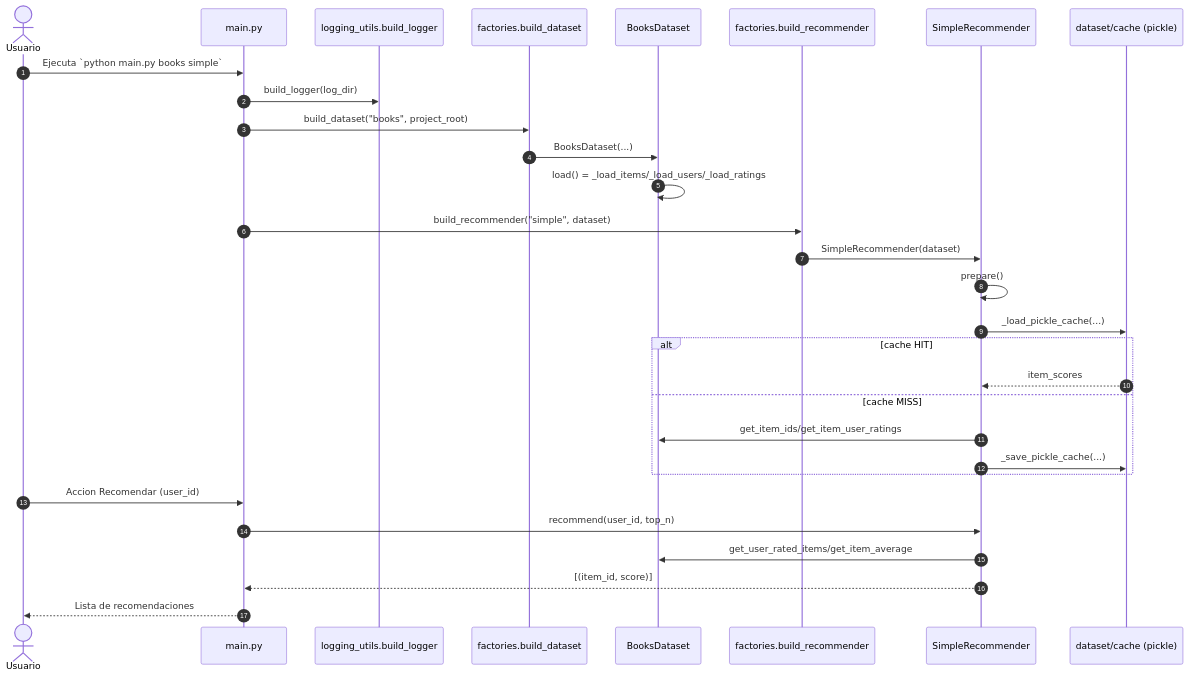
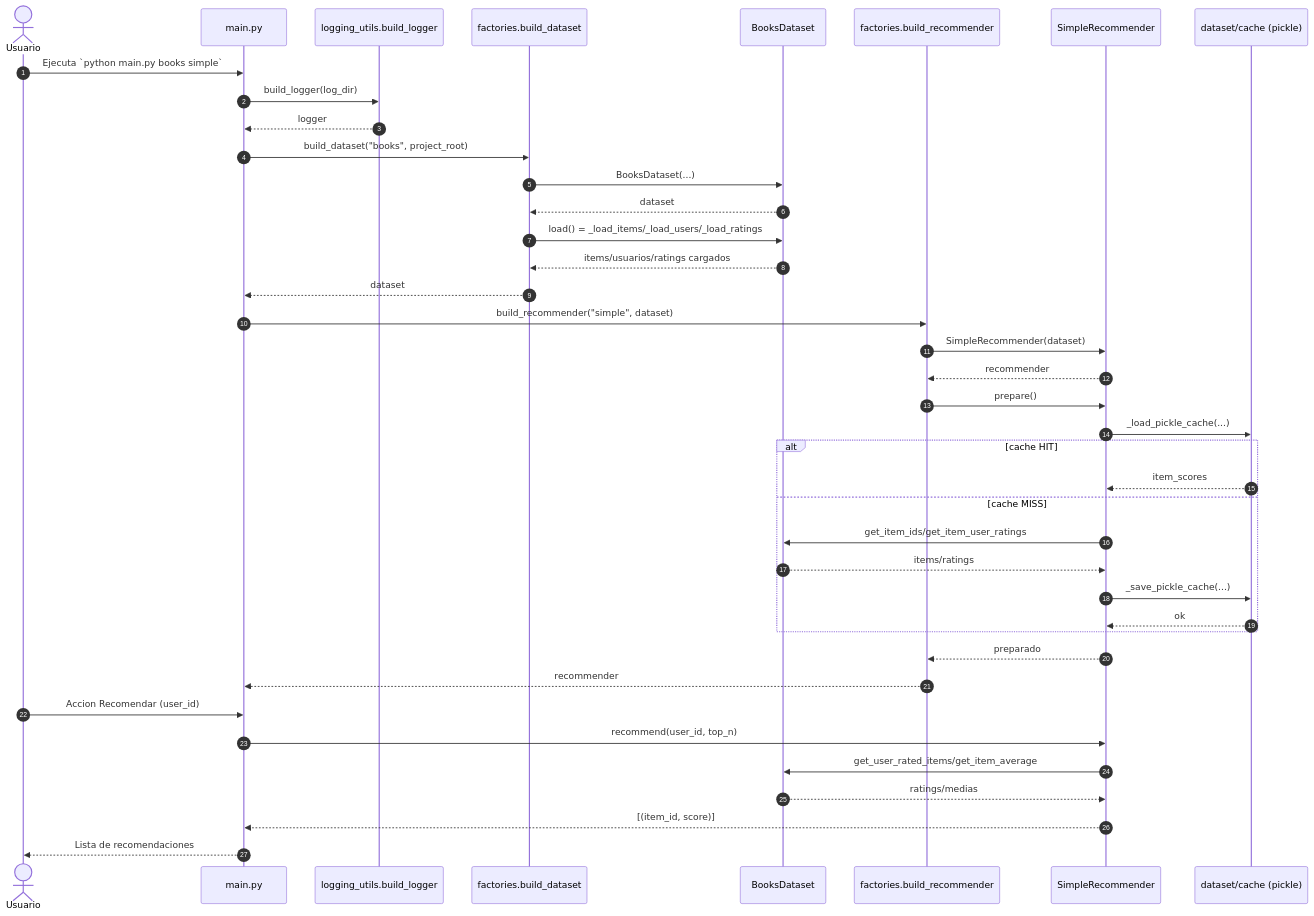
Before and after one commit to Braisfabrega/modular-recommender: the second of 7 diagrams in README.md, drawn with Mermaid. The commit also changed other lines of this file, not shown here.

Commit message:
fix: diagrama de secuancia 1

````diff
--- a/README.md
+++ b/README.md
@@ -161,33 +161,43 @@
 ```mermaid
 sequenceDiagram
   autonumber
   actor Usuario
   participant Main as main.py
   participant Logger as logging_utils.build_logger
   participant Factory as factories.build_dataset
   participant Dataset as BooksDataset
   participant RecFactory as factories.build_recommender
   participant Recommender as SimpleRecommender
   participant Cache as dataset/cache (pickle)
 
   Usuario->>Main: Ejecuta `python main.py books simple`
   Main->>Logger: build_logger(log_dir)
+  Logger-->>Main: logger
   Main->>Factory: build_dataset("books", project_root)
   Factory->>Dataset: BooksDataset(...)
-  Dataset->>Dataset: load() = _load_items/_load_users/_load_ratings
+  Dataset-->>Factory: dataset
+  Factory->>Dataset: load() = _load_items/_load_users/_load_ratings
+  Dataset-->>Factory: items/usuarios/ratings cargados
+  Factory-->>Main: dataset
   Main->>RecFactory: build_recommender("simple", dataset)
   RecFactory->>Recommender: SimpleRecommender(dataset)
-  Recommender->>Recommender: prepare()
+  Recommender-->>RecFactory: recommender
+  RecFactory->>Recommender: prepare()
   Recommender->>Cache: _load_pickle_cache(...)
   alt cache HIT
     Cache-->>Recommender: item_scores
   else cache MISS
     Recommender->>Dataset: get_item_ids/get_item_user_ratings
+    Dataset-->>Recommender: items/ratings
     Recommender->>Cache: _save_pickle_cache(...)
+    Cache-->>Recommender: ok
   end
+  Recommender-->>RecFactory: preparado
+  RecFactory-->>Main: recommender
   Usuario->>Main: Accion Recomendar (user_id)
   Main->>Recommender: recommend(user_id, top_n)
   Recommender->>Dataset: get_user_rated_items/get_item_average
+  Dataset-->>Recommender: ratings/medias
   Recommender-->>Main: [(item_id, score)]
   Main-->>Usuario: Lista de recomendaciones
 ```
````
